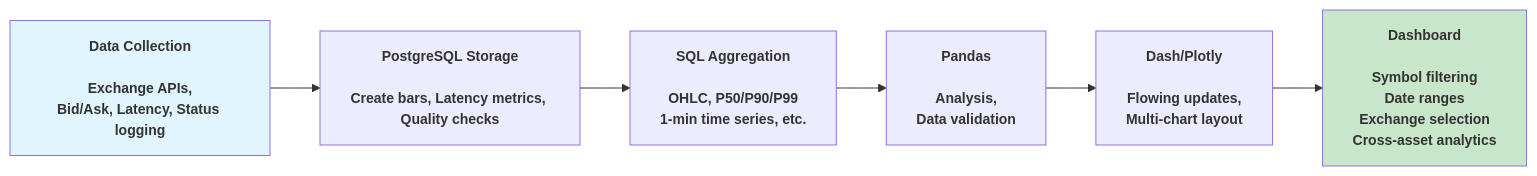
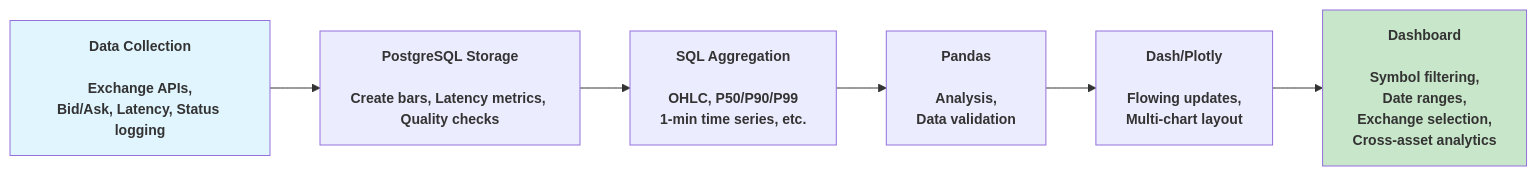
Before and after one commit to Chicago-tr/ExchangeAggregator: the diagram in README.md, drawn with Mermaid.

````diff
--- a/README.md
+++ b/README.md
@@ -19,17 +19,17 @@
 ```mermaid
 graph LR
     
     A[Data Collection<br/><br/>Exchange APIs,<br/>Bid/Ask, Latency, Status logging] --> B[PostgreSQL Storage<br/><br/>Create bars, Latency metrics, Quality checks<br/>]
     
     B --> C[SQL Aggregation<br/><br/>OHLC, P50/P90/P99<br/>1-min time series, etc.]
     
     C --> D[Pandas<br/><br/>Analysis,<br/>Data validation]
     D --> E[Dash/Plotly<br/><br/>Flowing updates,<br/>Multi-chart layout<br/>]
-    E --> F[Dashboard<br/><br/>Symbol filtering<br/>Date ranges<br/>Exchange selection<br/>Cross-asset analytics]
+    E --> F[Dashboard<br/><br/>Symbol filtering,<br/>Date ranges,<br/>Exchange selection,<br/>Cross-asset analytics]
     
     
     style A fill:#e1f5fe
     style F fill:#c8e6c9
     classDef title font-size:14px,font-weight:bold,color:#333
     class A,B,C,D,E,F title
 ```
````
